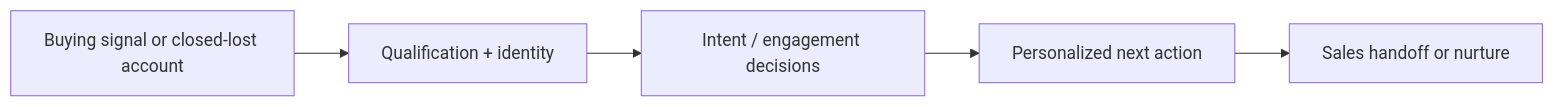
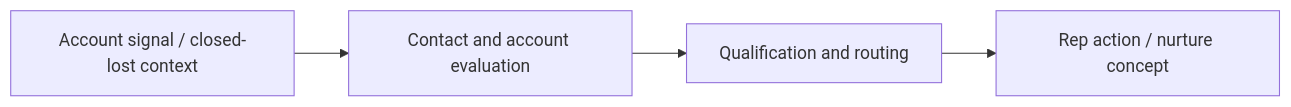
The diagram in README.md (jtwood7/ai-growth-automation-portfolio), drawn with Mermaid before and after one commit. The commit also changed other lines of this file, not shown here.

````diff
--- a/README.md
+++ b/README.md
@@ -7,7 +18,6 @@
 ```mermaid
 flowchart LR
-    A["Buying signal or closed-lost account"] --> B["Qualification + identity"]
-    B --> C["Intent / engagement decisions"]
-    C --> D["Personalized next action"]
-    D --> E["Sales handoff or nurture"]
+ A[Account signal / closed-lost context] --> B[Contact and account evaluation]
+ B --> C[Qualification and routing]
+ C --> D[Rep action / nurture concept]
 ```
````
